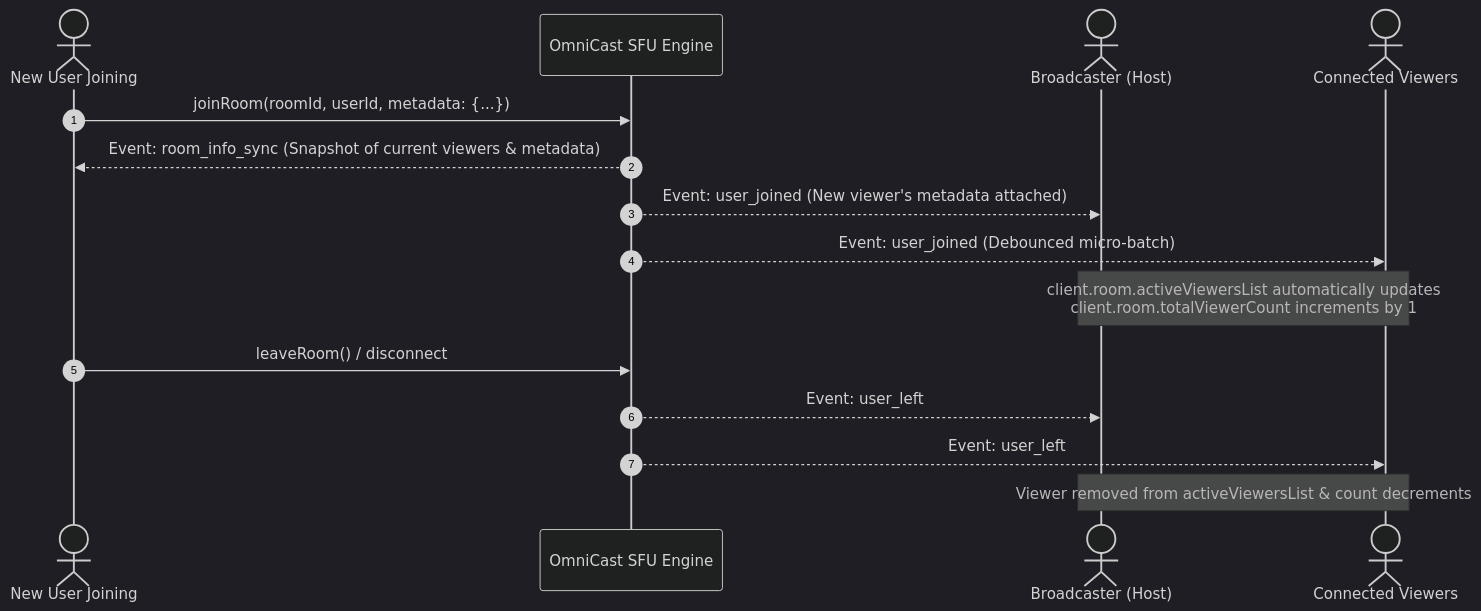
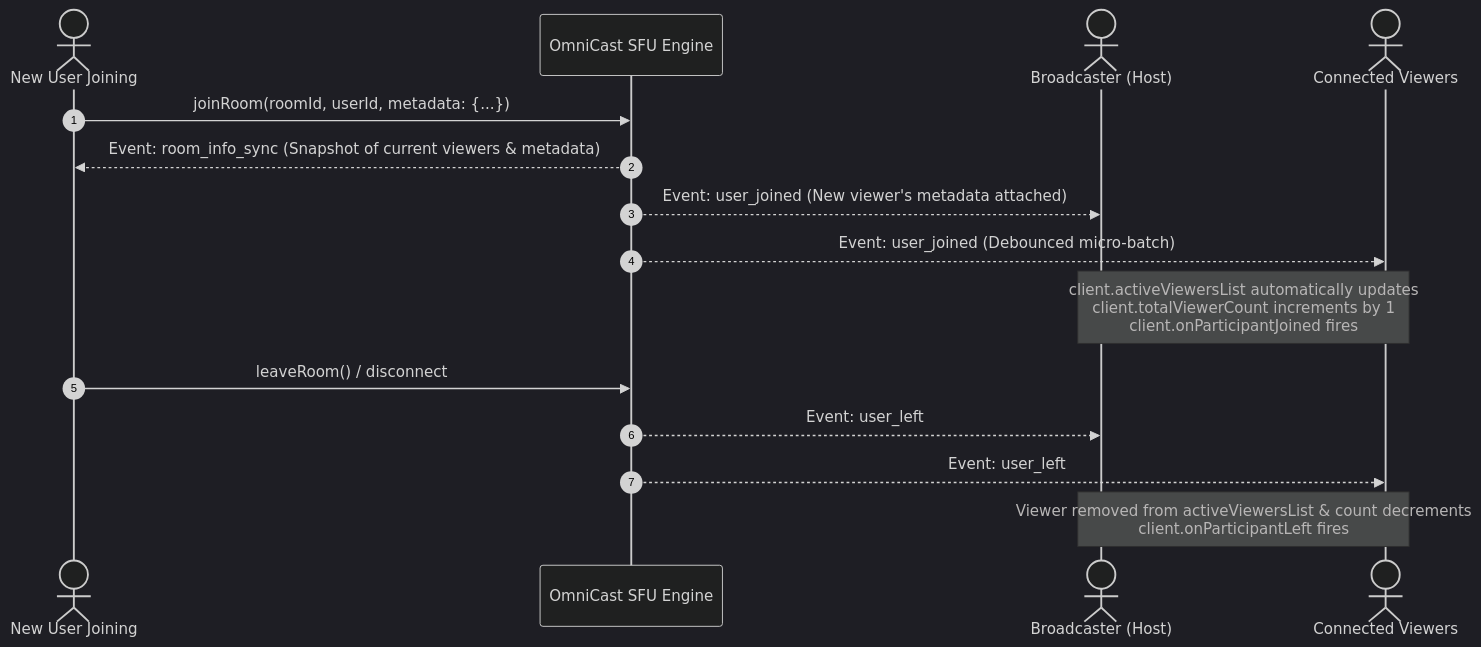
The diagram in VIEWERS_METADATA_GUIDE.md (Meharab-Islam/Flutter-Omnicast-Client), drawn with Mermaid (dark theme) before and after one commit. The commit also changed other lines of this file, not shown here.

Commit message:
docs: update VIEWERS_METADATA_GUIDE.md with 1-line OmniCastViewersBottomSheet guide

````diff
--- a/VIEWERS_METADATA_GUIDE.md
+++ b/VIEWERS_METADATA_GUIDE.md
@@ -76,20 +79,20 @@
 ```mermaid
 sequenceDiagram
     autonumber
     actor NewViewer as New User Joining
     participant SFU as OmniCast SFU Engine
     actor Host as Broadcaster (Host)
     actor ExistingViewers as Connected Viewers
 
     NewViewer->>SFU: joinRoom(roomId, userId, metadata: {...})
     SFU-->>NewViewer: Event: room_info_sync (Snapshot of current viewers & metadata)
     SFU-->>Host: Event: user_joined (New viewer's metadata attached)
     SFU-->>ExistingViewers: Event: user_joined (Debounced micro-batch)
     
-    Note over Host,ExistingViewers: client.room.activeViewersList automatically updates<br/>client.room.totalViewerCount increments by 1
+    Note over Host,ExistingViewers: client.activeViewersList automatically updates<br/>client.totalViewerCount increments by 1<br/>client.onParticipantJoined fires
 
     NewViewer->>SFU: leaveRoom() / disconnect
     SFU-->>Host: Event: user_left
     SFU-->>ExistingViewers: Event: user_left
-    Note over Host,ExistingViewers: Viewer removed from activeViewersList & count decrements
+    Note over Host,ExistingViewers: Viewer removed from activeViewersList & count decrements<br/>client.onParticipantLeft fires
 ```
````
